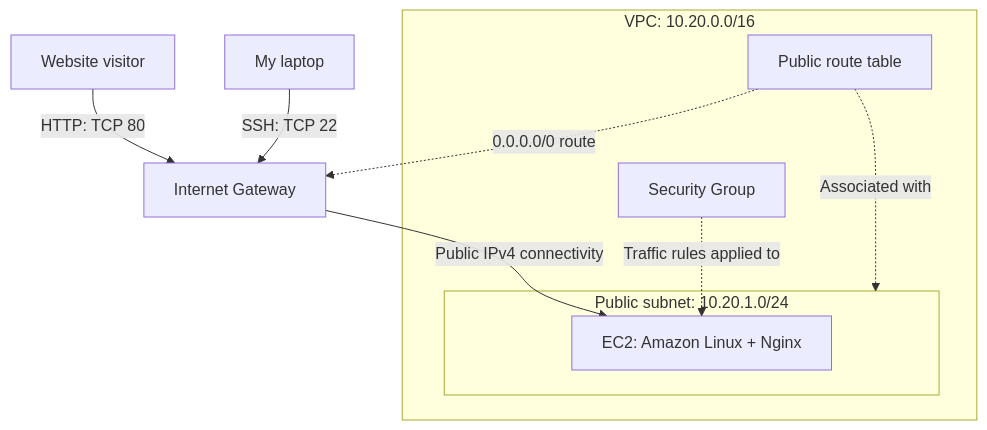
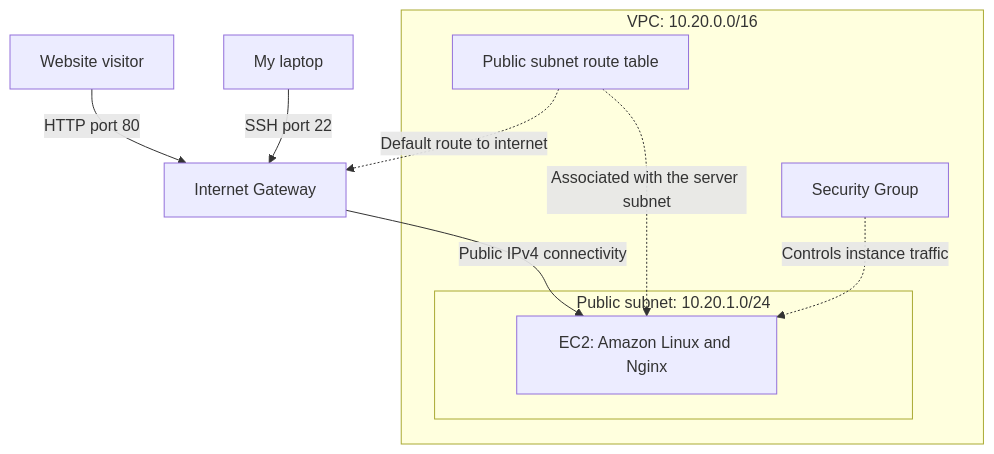
Before and after one commit to umegaeshan/Aws-cloud-network-lab: the diagram in README.md, drawn with Mermaid. The commit also changed other lines of this file, not shown here.

Commit message:
Refine README for clarity and detail; update architecture diagram and troubleshooting sections

````diff
--- a/README.md
+++ b/README.md
@@ -29,21 +27,22 @@
 ```mermaid
 flowchart TD
-    Visitor["Website visitor"]
-    Admin["My laptop"]
-    IGW["Internet Gateway"]
+    visitor["Website visitor"]
+    admin["My laptop"]
+    gateway["Internet Gateway"]
 
-    subgraph VPC["VPC: 10.20.0.0/16"]
-        RT["Public route table"]
-        subgraph Subnet["Public subnet: 10.20.1.0/24"]
-            EC2["EC2: Amazon Linux + Nginx"]
+    subgraph vpc ["VPC: 10.20.0.0/16"]
+        routes["Public subnet route table"]
+        security["Security Group"]
+
+        subgraph publicSubnet ["Public subnet: 10.20.1.0/24"]
+            server["EC2: Amazon Linux and Nginx"]
         end
-        SG["Security Group"]
     end
 
-    Visitor -->|"HTTP: TCP 80"| IGW
-    Admin -->|"SSH: TCP 22"| IGW
-    IGW -->|"Public IPv4 connectivity"| EC2
-    RT -.->|"Associated with"| Subnet
-    RT -.->|"0.0.0.0/0 route"| IGW
-    SG -.->|"Traffic rules applied to"| EC2
+    visitor -->|HTTP port 80| gateway
+    admin -->|SSH port 22| gateway
+    gateway -->|Public IPv4 connectivity| server
+    routes -. Default route to internet .-> gateway
+    routes -. Associated with the server subnet .-> server
+    security -. Controls instance traffic .-> server
 ```
````
